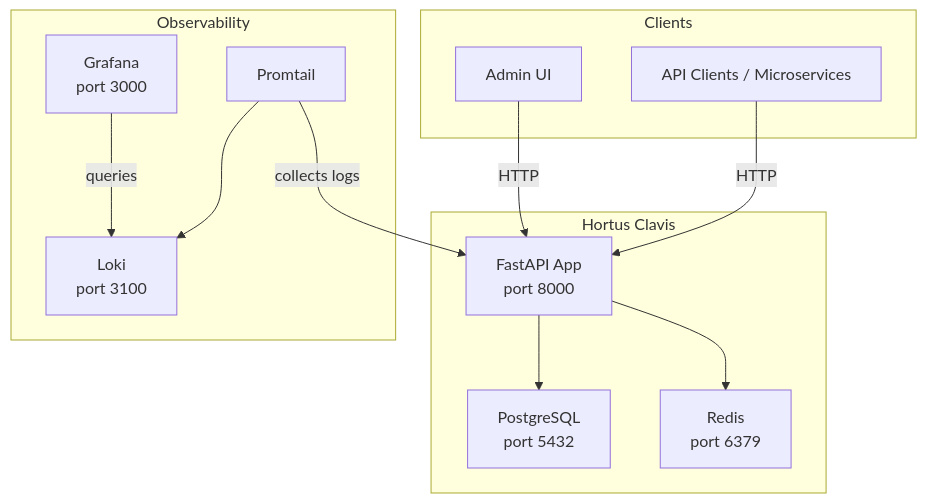
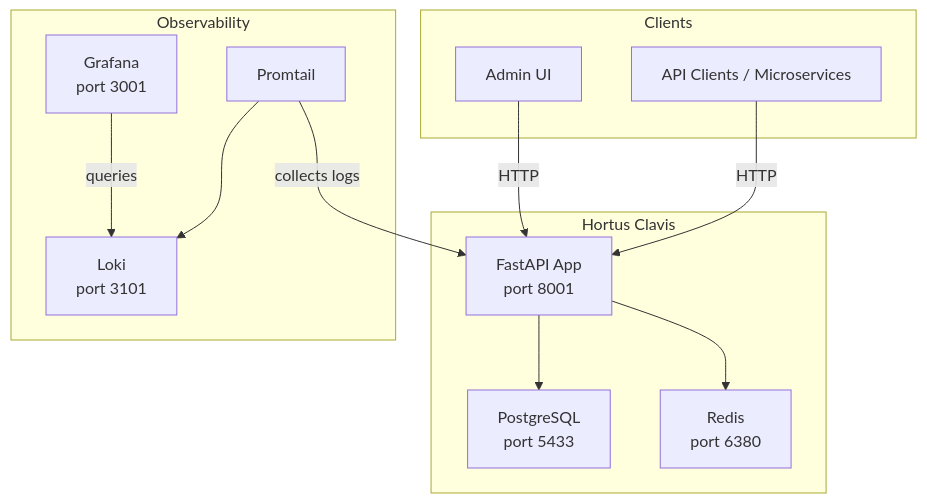
Before and after one commit to amLiux/HortusClavis: the first of 5 diagrams in README.md, drawn with Mermaid. The commit also changed other lines of this file and 4 other files, not shown here.

````diff
--- a/README.md
+++ b/README.md
@@ -24,28 +24,28 @@
 ```mermaid
 graph TB
     subgraph Clients
         API[API Clients / Microservices]
         UI[Admin UI]
     end
 
     subgraph "Hortus Clavis"
-        HC[FastAPI App<br/>port 8000]
-        PG[PostgreSQL<br/>port 5432]
-        RD[Redis<br/>port 6379]
+        HC[FastAPI App<br/>port 8001]
+        PG[PostgreSQL<br/>port 5433]
+        RD[Redis<br/>port 6380]
     end
 
     subgraph Observability
-        LK[Loki<br/>port 3100]
-        GF[Grafana<br/>port 3000]
+        LK[Loki<br/>port 3101]
+        GF[Grafana<br/>port 3001]
         PT[Promtail]
     end
 
     API -->|HTTP| HC
     UI -->|HTTP| HC
     HC --> PG
     HC --> RD
 
     PT -->|collects logs| HC
     PT --> LK
     GF -->|queries| LK
 ```
````
